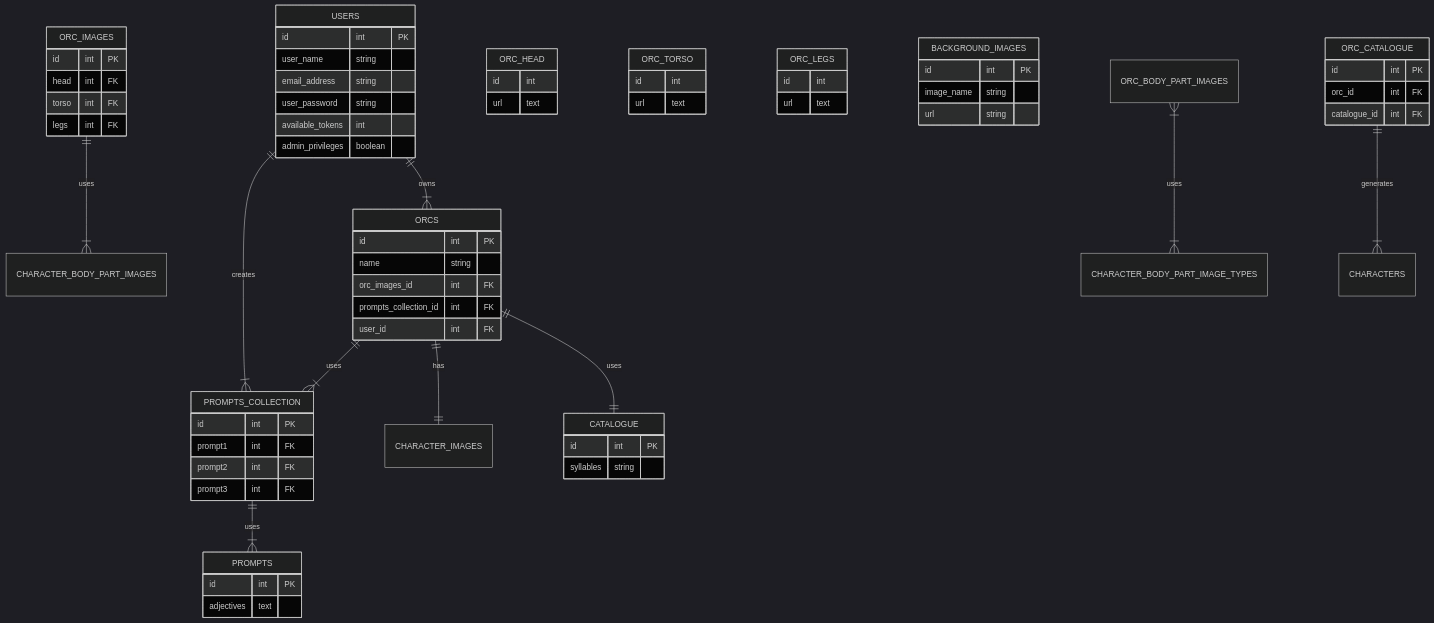
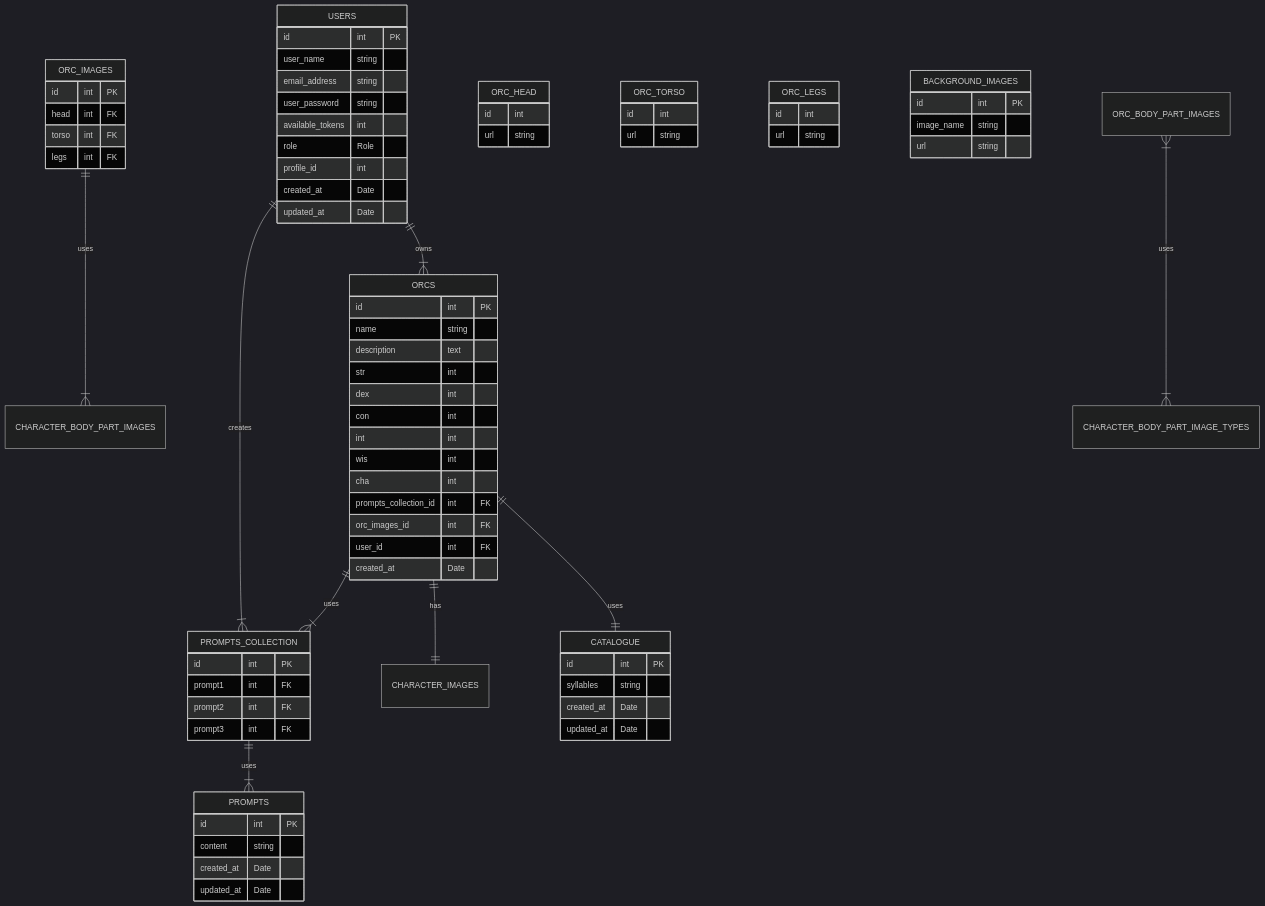
The second of 2 diagrams in README.md (Wren00/create-an-orc), drawn with Mermaid (dark theme) before and after one commit. The commit also changed other lines of this file, not shown here.

````diff
--- a/README.md
+++ b/README.md
@@ -69,71 +69,81 @@
 ```mermaid
 erDiagram
 direction TB
 USERS {
 	id int PK
 	user_name string
 	email_address string
 	user_password string
 	available_tokens int
-	admin_privileges boolean 
+	role Role
+	profile_id int
+	created_at Date
+	updated_at Date
+	
 }
 PROMPTS {
  	id int PK
-	adjectives text
+	content string
+    	created_at Date
+    	updated_at Date
 }
 PROMPTS_COLLECTION {
 	id int PK
 	prompt1 int FK
 	prompt2 int FK
 	prompt3 int FK
 }
 ORCS {
  	id int PK
 	name string
+    	description text
+    	str int
+    	dex int
+    	con int
+    	int int
+    	wis int
+    	cha int
+    	prompts_collection_id int FK
 	orc_images_id int FK
-	prompts_collection_id int FK
-	user_id int FK
+    	user_id int FK
+    	created_at Date
 }
 ORC_IMAGES {
 	id int PK
 	head int FK
 	torso int FK
 	legs int FK
 }
 ORC_HEAD {
 	id int
-	url text 
+	url string
 }
 ORC_TORSO {
 	id int
-	url text 
+	url string
 }
 ORC_LEGS {
 	id int
-	url text 
+	url string
 }
 BACKGROUND_IMAGES {
  	id int PK
 	image_name string
 	url string
 }
-ORC_CATALOGUE {
-	id int PK
-	orc_id int FK
-	catalogue_id int FK
-}
 CATALOGUE {
     id int PK
     syllables string
+    created_at Date
+    updated_at Date
 }
 	USERS ||--|{ PROMPTS_COLLECTION : creates
 	USERS ||--|{ ORCS : owns
 	ORCS ||--|{ PROMPTS_COLLECTION : uses
 	ORCS ||--|| CHARACTER_IMAGES : has
 	ORCS ||--|| CATALOGUE : uses
 	ORC_IMAGES ||--|{ CHARACTER_BODY_PART_IMAGES : uses
 	ORC_BODY_PART_IMAGES }|--|{ CHARACTER_BODY_PART_IMAGE_TYPES : uses
-	ORC_CATALOGUE ||--|{ CHARACTERS : generates
 	PROMPTS_COLLECTION ||--|{ PROMPTS : uses
 	
 ```
````
